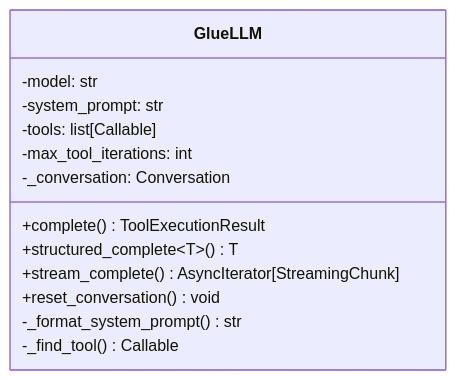
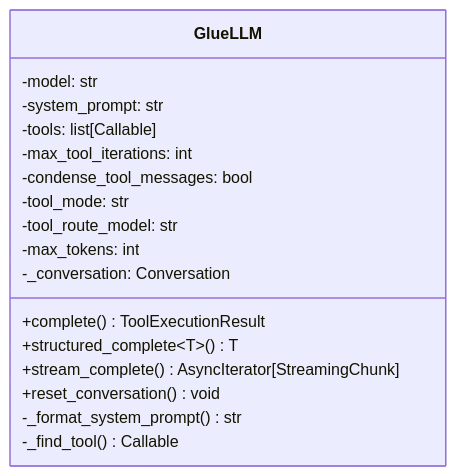
Before and after one commit to Bioto/glue-llm: the second of 12 diagrams in docs/ARCHITECTURE.md, drawn with Mermaid. The commit also changed other lines of this file and 2 other files, not shown here.

First line of the commit message:
Enhance GlueLLM with context condensing and dynamic tool routing features

````diff
--- a/docs/ARCHITECTURE.md
+++ b/docs/ARCHITECTURE.md
@@ -73,16 +73,20 @@
 ```mermaid
 classDiagram
     class GlueLLM {
         -model: str
         -system_prompt: str
         -tools: list[Callable]
         -max_tool_iterations: int
+        -condense_tool_messages: bool
+        -tool_mode: str
+        -tool_route_model: str
+        -max_tokens: int
         -_conversation: Conversation
         +complete() ToolExecutionResult
         +structured_complete~T~() T
         +stream_complete() AsyncIterator[StreamingChunk]
         +reset_conversation() void
         -_format_system_prompt() str
         -_find_tool() Callable
     }
 ```
````
